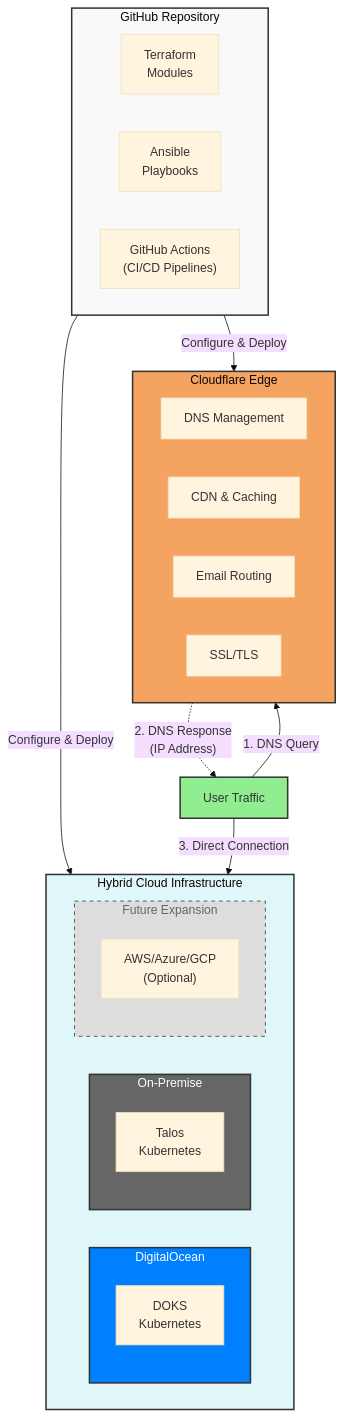
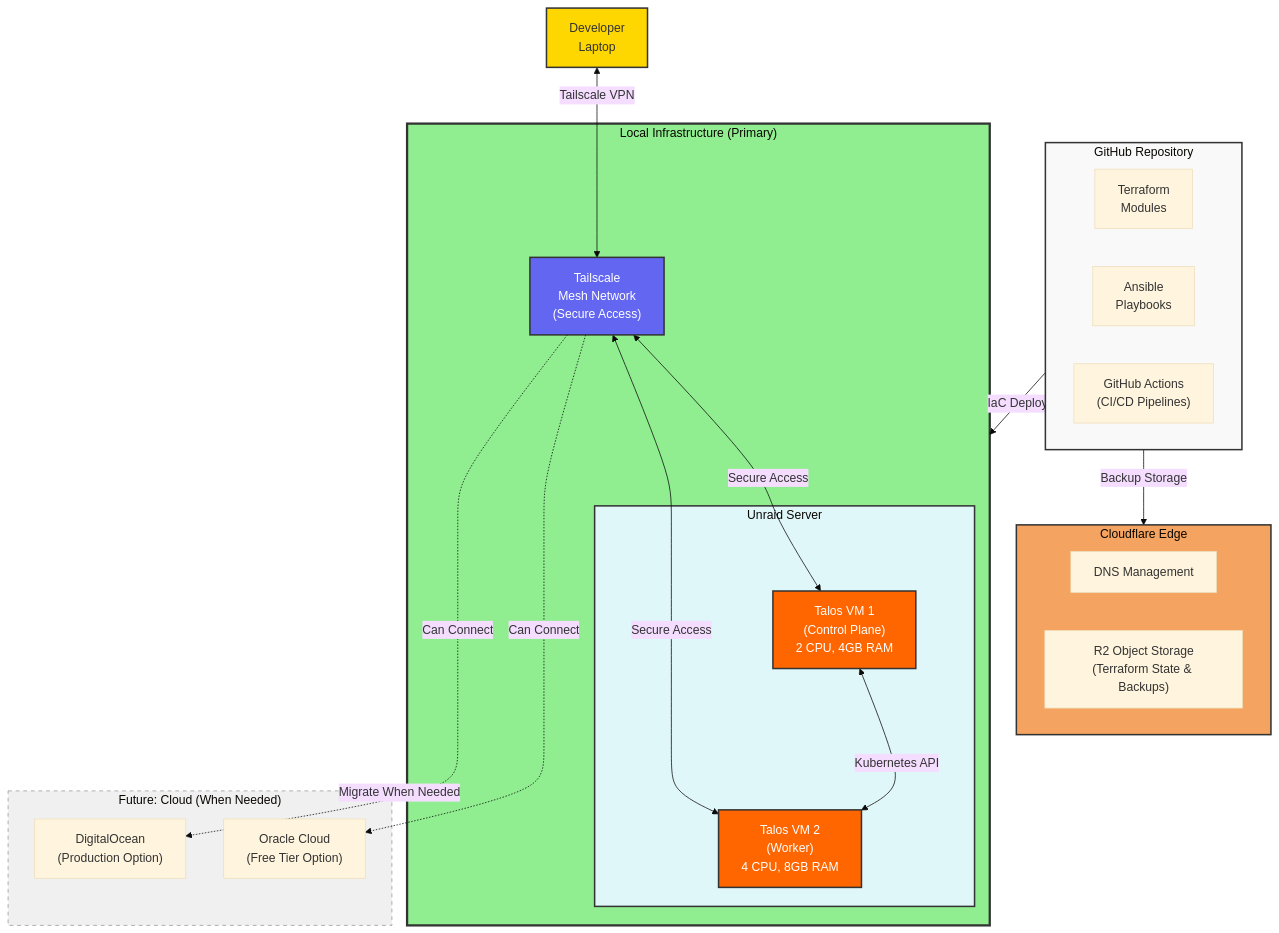
Before and after one commit to shangkuei/infrastructure: the diagram in README.md, drawn with Mermaid (base theme). The commit also changed other lines of this file and 13 other files, not shown here.

First line of the commit message:
docs(infrastructure): pivot to Talos on-premises with hybrid cloud strategy

````diff
--- a/README.md
+++ b/README.md
@@ -30,48 +31,56 @@
 ```mermaid
 graph TB
     subgraph GitHub["GitHub Repository"]
         TF["Terraform<br/>Modules"]
         AN["Ansible<br/>Playbooks"]
         GHA["GitHub Actions<br/>(CI/CD Pipelines)"]
     end
 
     subgraph CF["Cloudflare Edge"]
         DNS["DNS Management"]
-        CDN["CDN & Caching"]
-        EMAIL["Email Routing"]
-        SSL["SSL/TLS"]
+        R2["R2 Object Storage<br/>(Terraform State & Backups)"]
     end
 
-    subgraph HYBRID["Hybrid Cloud Infrastructure"]
-        subgraph DO["DigitalOcean"]
-            DOKS["DOKS<br/>Kubernetes"]
+    subgraph LOCAL["Local Infrastructure (Primary)"]
+        subgraph UNRAID["Unraid Server"]
+            VM1["Talos VM 1<br/>(Control Plane)<br/>2 CPU, 4GB RAM"]
+            VM2["Talos VM 2<br/>(Worker)<br/>4 CPU, 8GB RAM"]
         end
 
-        subgraph ONPREM["On-Premise"]
-            TALOS["Talos<br/>Kubernetes"]
-        end
-
-        subgraph FUTURE["Future Expansion"]
-            CLOUD["AWS/Azure/GCP<br/>(Optional)"]
-        end
+        TS["Tailscale<br/>Mesh Network<br/>(Secure Access)"]
     end
 
-    USER["User Traffic"]
+    subgraph FUTURE["Future: Cloud (When Needed)"]
+        OCI["Oracle Cloud<br/>(Free Tier Option)"]
+        DO["DigitalOcean<br/>(Production Option)"]
+    end
+
+    DEV["Developer<br/>Laptop"]
 
     %% Configuration Management
-    GitHub -->|"Configure & Deploy"| CF
-    GitHub -->|"Configure & Deploy"| HYBRID
+    GitHub -->|"IaC Deploy"| LOCAL
+    GitHub -->|"Backup Storage"| CF
 
-    %% Traffic Flow
-    USER -->|"1. DNS Query"| CF
-    CF -.->|"2. DNS Response<br/>(IP Address)"| USER
-    USER -->|"3. Direct Connection"| HYBRID
+    %% Access Flow
+    DEV <-->|"Tailscale VPN"| TS
+    TS <-->|"Secure Access"| VM1
+    TS <-->|"Secure Access"| VM2
+
+    %% Cluster Communication
+    VM1 <-->|"Kubernetes API"| VM2
+
+    %% Future Expansion
+    LOCAL -.->|"Migrate When Needed"| FUTURE
+    TS -.->|"Can Connect"| OCI
+    TS -.->|"Can Connect"| DO
 
     style GitHub fill:#f9f9f9,stroke:#333,stroke-width:2px
     style CF fill:#f4a460,stroke:#333,stroke-width:2px
-    style HYBRID fill:#e0f7fa,stroke:#333,stroke-width:2px
-    style USER fill:#90ee90,stroke:#333,stroke-width:2px
-    style DO fill:#0080ff,stroke:#333,stroke-width:2px,color:#fff
-    style ONPREM fill:#666,stroke:#333,stroke-width:2px,color:#fff
-    style FUTURE fill:#ddd,stroke:#333,stroke-width:1px,stroke-dasharray: 5 5,color:#666
+    style LOCAL fill:#90ee90,stroke:#333,stroke-width:3px
+    style UNRAID fill:#e0f7fa,stroke:#333,stroke-width:2px
+    style FUTURE fill:#f0f0f0,stroke:#999,stroke-width:1px,stroke-dasharray: 5 5
+    style DEV fill:#ffd700,stroke:#333,stroke-width:2px
+    style TS fill:#6366f1,stroke:#333,stroke-width:2px,color:#fff
+    style VM1 fill:#ff6600,stroke:#333,stroke-width:2px,color:#fff
+    style VM2 fill:#ff6600,stroke:#333,stroke-width:2px,color:#fff
 ```
````
